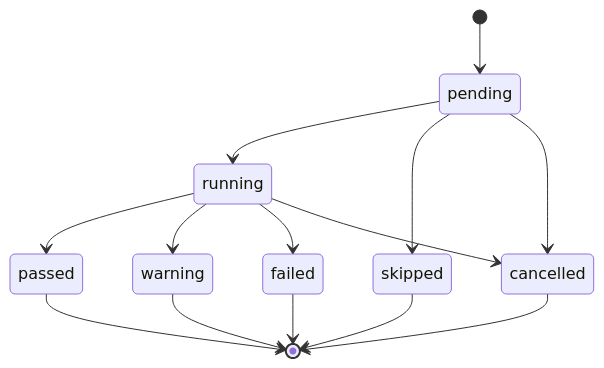
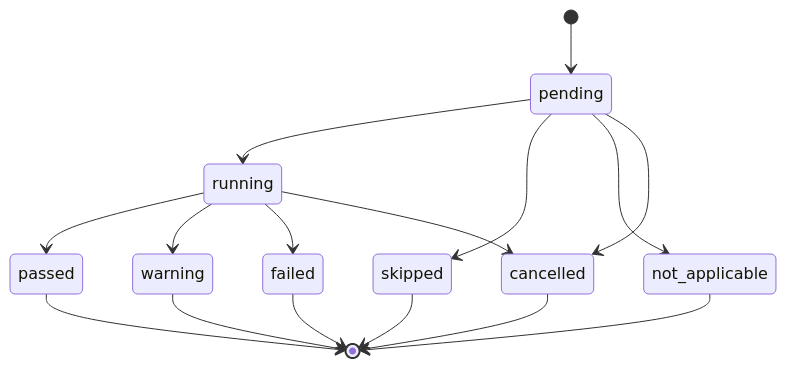
Before and after one commit to Naenier/Orynelo: the diagram in docs/diagnostic-model.md, drawn with Mermaid. The commit also changed other lines of this file and 61 other files, not shown here.

````diff
--- a/docs/diagnostic-model.md
+++ b/docs/diagnostic-model.md
@@ -38,16 +38,18 @@
 ```mermaid
 stateDiagram-v2
     [*] --> pending
     pending --> running
     pending --> skipped
+    pending --> not_applicable
     pending --> cancelled
     running --> passed
     running --> warning
     running --> failed
     running --> cancelled
     passed --> [*]
     warning --> [*]
     failed --> [*]
     skipped --> [*]
+    not_applicable --> [*]
     cancelled --> [*]
 ```
````
